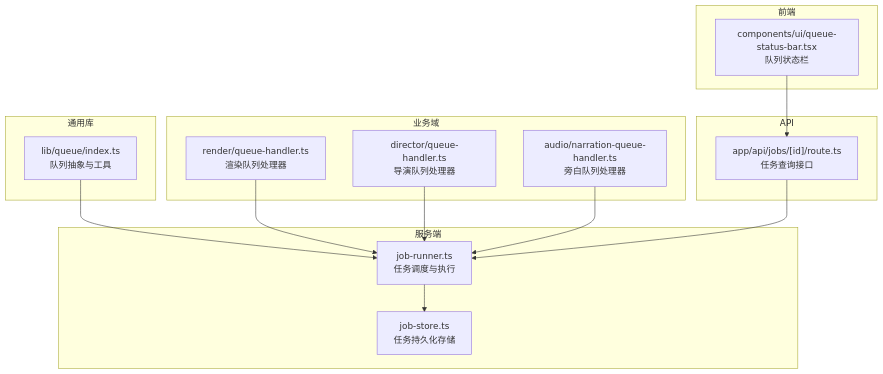
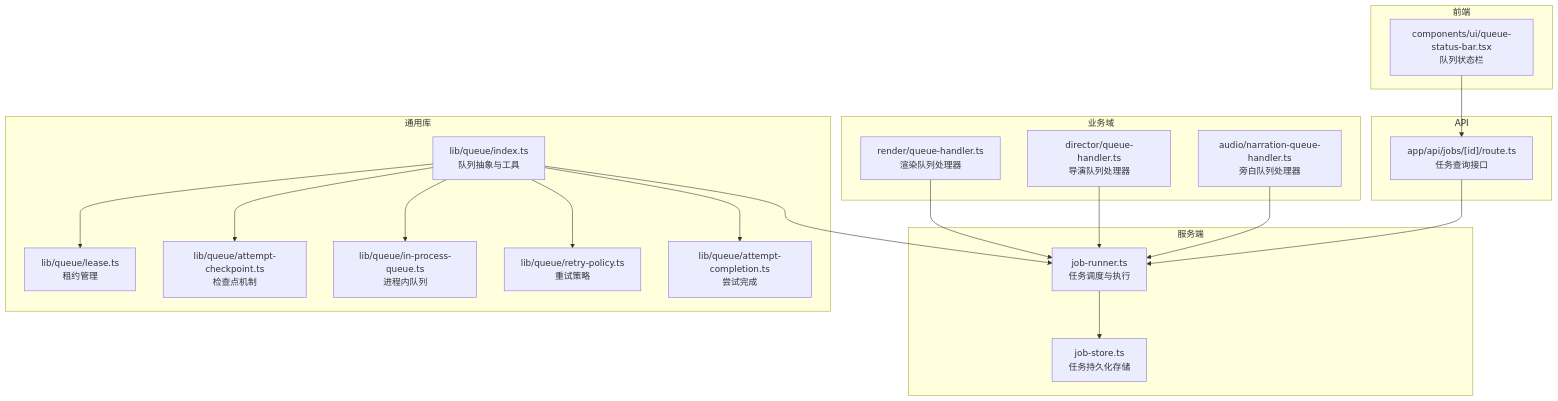
The first of 4 diagrams in .qoder/repowiki/zh/content/后端架构/任务处理/作业队列系统.md (scottcwy/PurpleInk), drawn with Mermaid before and after one commit. The commit also changed other lines of this file and 109 other files, not shown here.

````diff
--- a/.qoder/repowiki/zh/content/后端架构/任务处理/作业队列系统.md
+++ b/.qoder/repowiki/zh/content/后端架构/任务处理/作业队列系统.md
@@ -39,28 +53,38 @@
 ```mermaid
 graph TB
 subgraph "服务端"
 JR["job-runner.ts<br/>任务调度与执行"]
 JS["job-store.ts<br/>任务持久化存储"]
 end
 subgraph "业务域"
 RH["render/queue-handler.ts<br/>渲染队列处理器"]
 DH["director/queue-handler.ts<br/>导演队列处理器"]
 AH["audio/narration-queue-handler.ts<br/>旁白队列处理器"]
 end
 subgraph "通用库"
 QI["lib/queue/index.ts<br/>队列抽象与工具"]
+QL["lib/queue/lease.ts<br/>租约管理"]
+QC["lib/queue/attempt-checkpoint.ts<br/>检查点机制"]
+QIP["lib/queue/in-process-queue.ts<br/>进程内队列"]
+RP["lib/queue/retry-policy.ts<br/>重试策略"]
+AC["lib/queue/attempt-completion.ts<br/>尝试完成"]
 end
 subgraph "前端"
 QSB["components/ui/queue-status-bar.tsx<br/>队列状态栏"]
 end
 subgraph "API"
 JID["app/api/jobs/[id]/route.ts<br/>任务查询接口"]
 end
 QI --> JR
 JR --> JS
 RH --> JR
 DH --> JR
 AH --> JR
+QI --> QL
+QI --> QC
+QI --> QIP
+QI --> RP
+QI --> AC
 QSB --> JID
 JID --> JR
 ```
````
